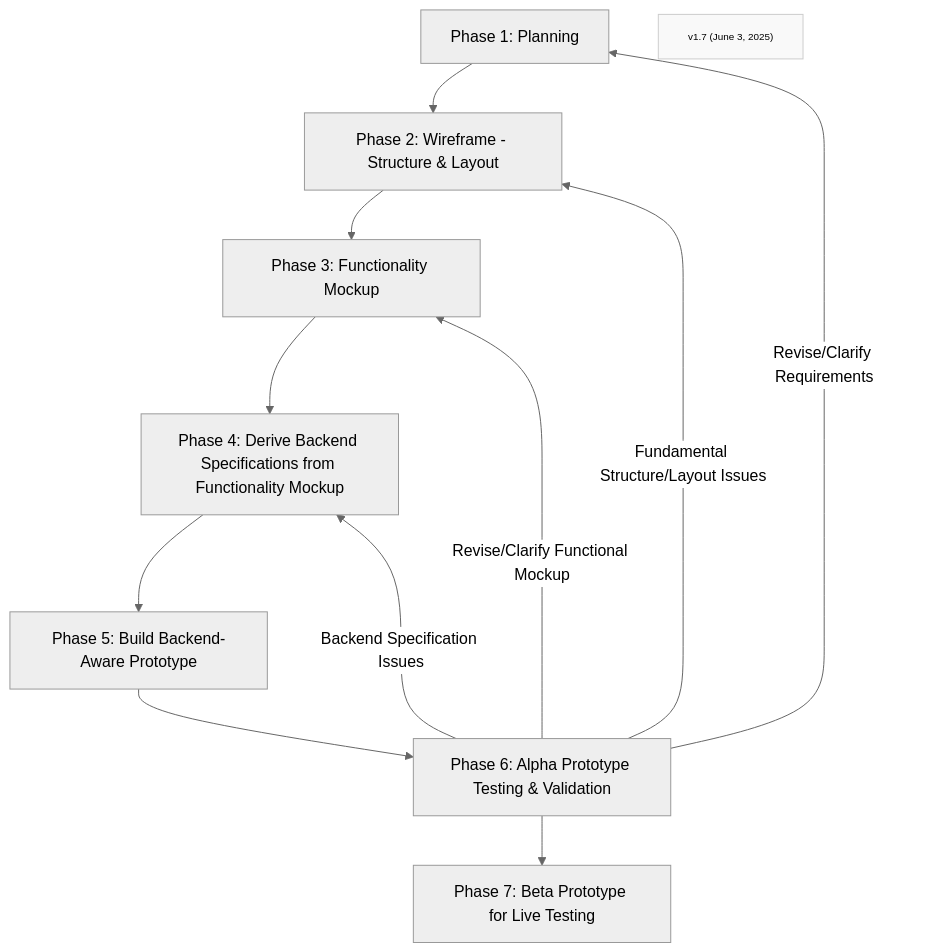
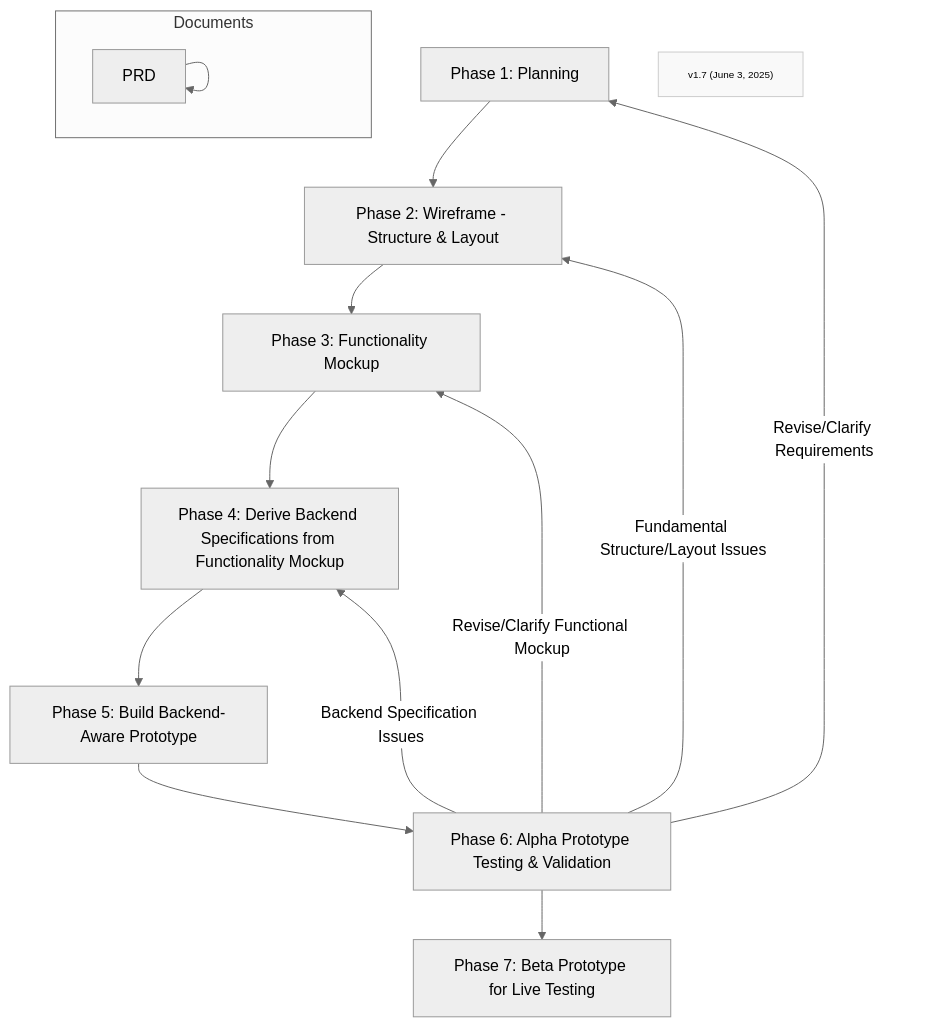
The diagram in Phases/FF-overview.md (Mharbulous/Front-First-Method), drawn with Mermaid (neutral theme) before and after one commit.

````diff
--- a/Phases/FF-overview.md
+++ b/Phases/FF-overview.md
@@ -1,20 +1,23 @@
 ```mermaid
 graph TD
     Phase1["Phase 1: Planning"] --> Phase2["Phase 2: Wireframe - Structure & Layout"]
     Phase2 --> Phase3["Phase 3: Functionality Mockup"]
     Phase3 --> Phase4["Phase 4: Derive Backend Specifications from Functionality Mockup"]
     Phase4 --> Phase5["Phase 5: Build Backend-Aware Prototype"]
     Phase5 --> Phase6["Phase 6: Alpha Prototype Testing & Validation"]
     Phase6 --> Phase7["Phase 7: Beta Prototype for Live Testing"]
     
     Phase6 -->|Revise/Clarify Requirements| Phase1
     Phase6 -->|Fundamental Structure/Layout Issues| Phase2
     Phase6 -->|Revise/Clarify Functional Mockup| Phase3
     Phase6 -->|Backend Specification Issues| Phase4    
     
-    
+    subgraph Files["Documents"]
+        PRD --> PRD
+
+    end
 
     VersionInfo["v1.7 (June 3, 2025)"]
     classDef version fill:#f9f9f9,stroke:#ccc,font-size:10px;
     class VersionInfo version
 ```
````
